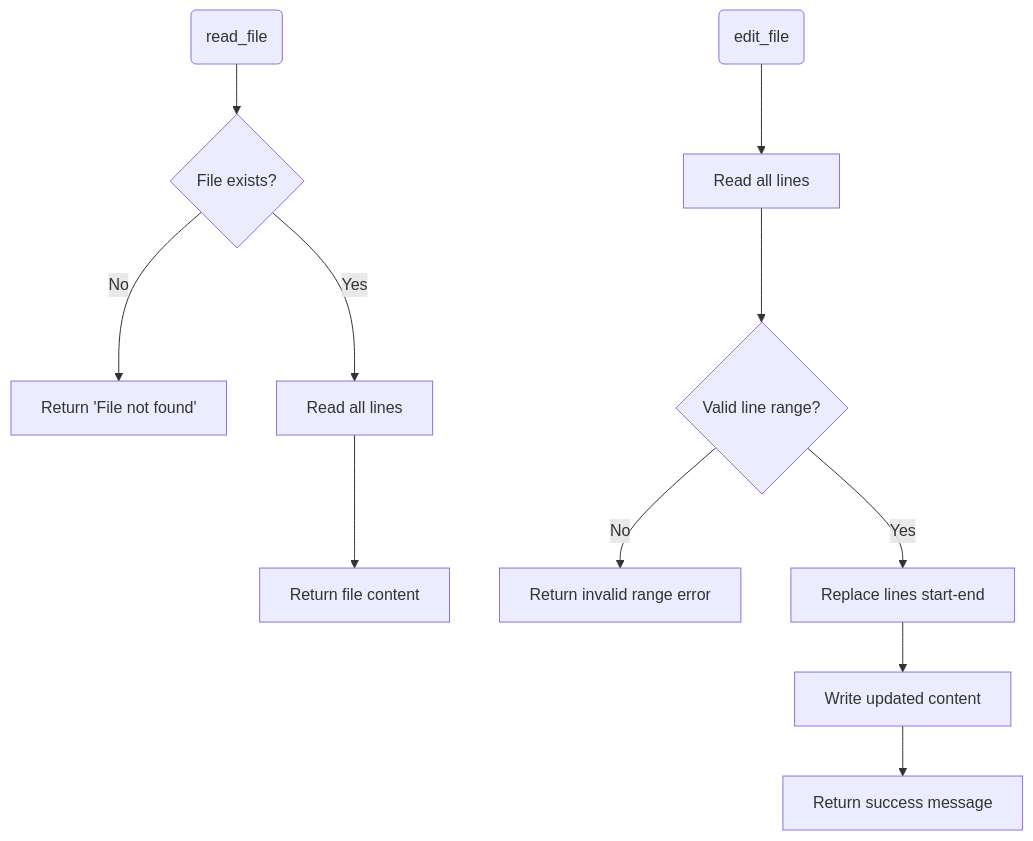
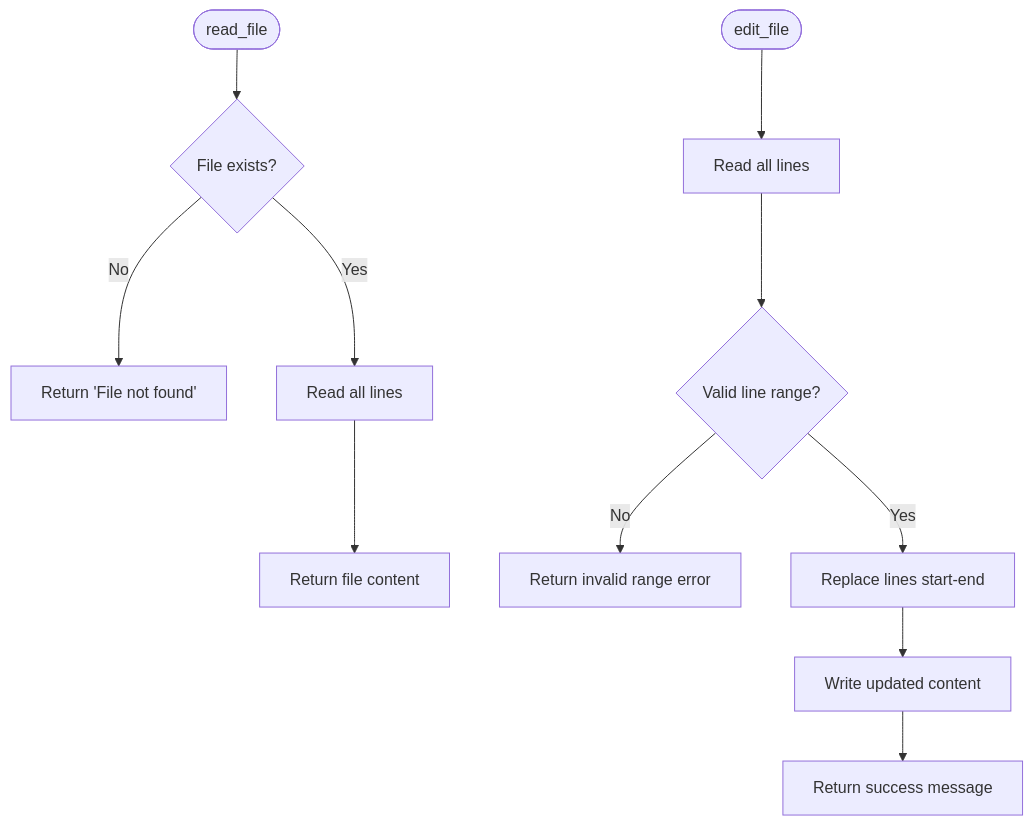
Before and after one commit to Likhithsai2580/RAVANA-WIKI: the second of 5 diagrams in docs/Action System/IO Actions.md, drawn with Mermaid. The commit also changed other lines of this file and 78 other files, not shown here.

````diff
--- a/docs/Action System/IO Actions.md
+++ b/docs/Action System/IO Actions.md
@@ -127,14 +126,13 @@
 ```mermaid
 flowchart TD
-Start("read_file") --> CheckExistence{"File exists?"}
+Start([read_file]) --> CheckExistence{"File exists?"}
 CheckExistence --> |No| ReturnError["Return 'File not found'"]
 CheckExistence --> |Yes| ReadContent["Read all lines"]
 ReadContent --> Output["Return file content"]
-EditStart("edit_file") --> ReadLines["Read all lines"]
+EditStart([edit_file]) --> ReadLines["Read all lines"]
 ReadLines --> ValidateRange{"Valid line range?"}
 ValidateRange --> |No| RangeError["Return invalid range error"]
 ValidateRange --> |Yes| ReplaceLines["Replace lines start-end"]
 ReplaceLines --> WriteFile["Write updated content"]
 WriteFile --> Success["Return success message"]
-
 ```
````
